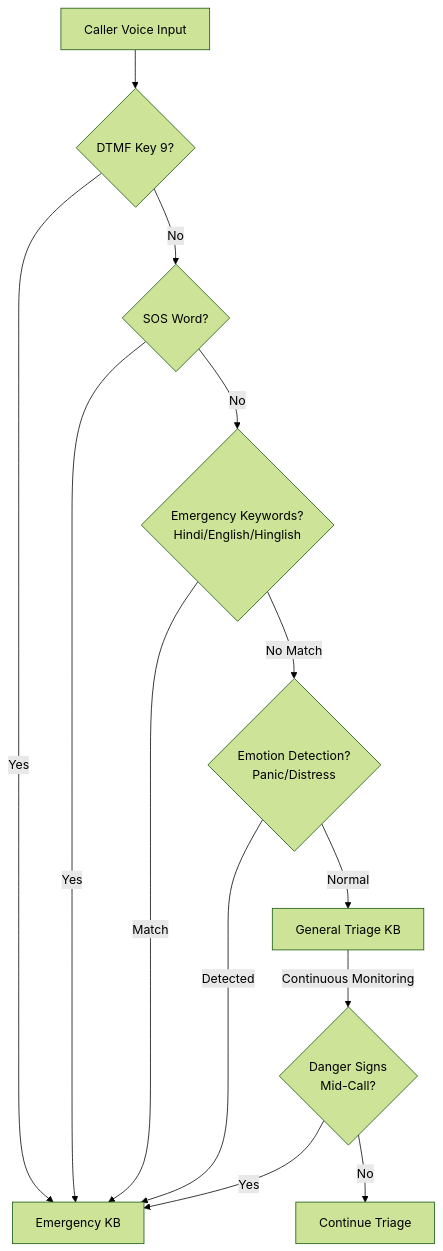
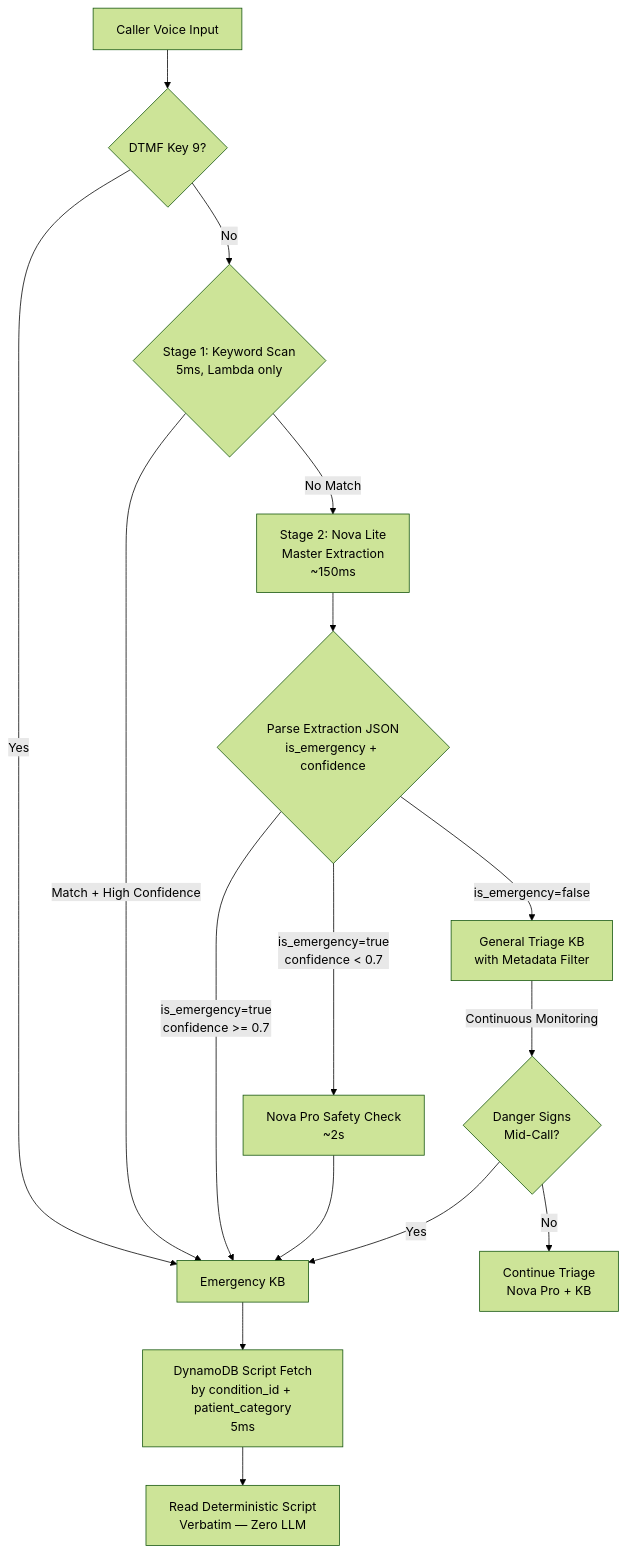
The second of 4 diagrams in .kiro/specs/vaidyavaani-ivr-health-assistant/design.md (subhash1208/SavyaSachi), drawn with Mermaid (forest theme) before and after one commit. The commit also changed other lines of this file and 17 other files, not shown here.

````diff
--- a/.kiro/specs/vaidyavaani-ivr-health-assistant/design.md
+++ b/.kiro/specs/vaidyavaani-ivr-health-assistant/design.md
@@ -78,15 +84,18 @@
 ```mermaid
 graph TD
     INPUT[Caller Voice Input] --> DTMF{DTMF Key 9?}
     DTMF -->|Yes| EMERGENCY[Emergency KB]
-    DTMF -->|No| SOS{SOS Word?}
-    SOS -->|Yes| EMERGENCY
-    SOS -->|No| KW{Emergency Keywords?<br/>Hindi/English/Hinglish}
-    KW -->|Match| EMERGENCY
-    KW -->|No Match| EMO{Emotion Detection?<br/>Panic/Distress}
-    EMO -->|Detected| EMERGENCY
-    EMO -->|Normal| TRIAGE[General Triage KB]
+    DTMF -->|No| KW{Stage 1: Keyword Scan<br/>5ms, Lambda only}
+    KW -->|Match + High Confidence| EMERGENCY
+    KW -->|No Match| NL[Stage 2: Nova Lite<br/>Master Extraction<br/>~150ms]
+    NL --> JSON{Parse Extraction JSON<br/>is_emergency + confidence}
+    JSON -->|is_emergency=true<br/>confidence >= 0.7| EMERGENCY
+    JSON -->|is_emergency=true<br/>confidence < 0.7| SAFETY[Nova Pro Safety Check<br/>~2s]
+    SAFETY --> EMERGENCY
+    JSON -->|is_emergency=false| TRIAGE[General Triage KB<br/>with Metadata Filter]
+    EMERGENCY --> DDB_FETCH[DynamoDB Script Fetch<br/>by condition_id + patient_category<br/>5ms]
+    DDB_FETCH --> SCRIPT[Read Deterministic Script<br/>Verbatim — Zero LLM]
     TRIAGE -->|Continuous Monitoring| DS{Danger Signs<br/>Mid-Call?}
     DS -->|Yes| EMERGENCY
-    DS -->|No| CONTINUE[Continue Triage]
+    DS -->|No| CONTINUE[Continue Triage<br/>Nova Pro + KB]
 ```
````
